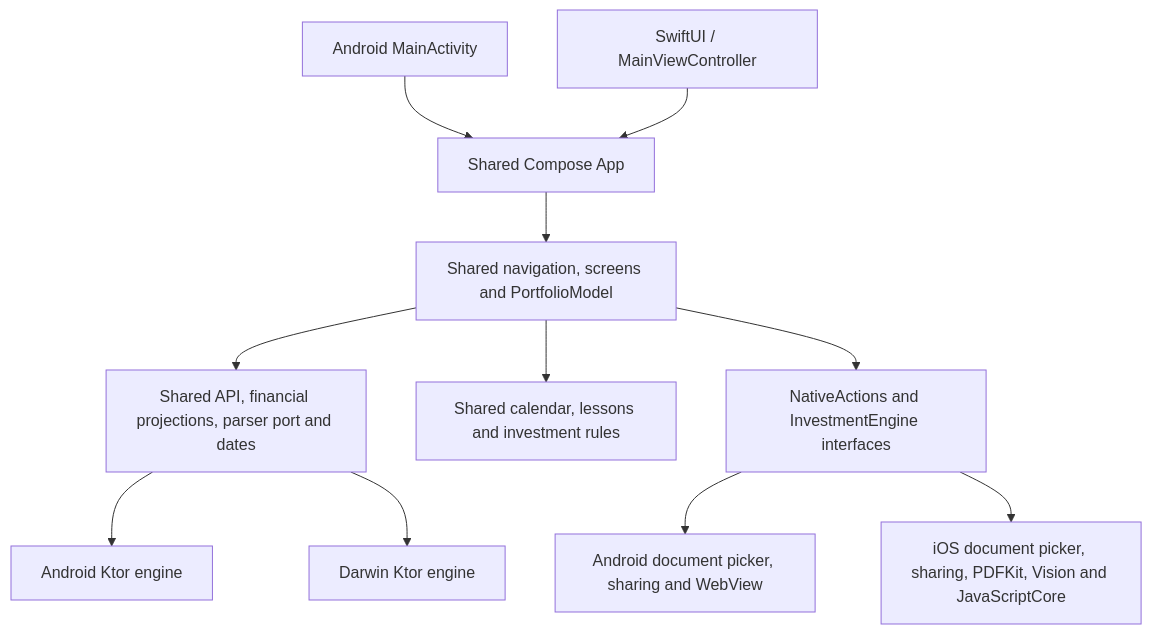
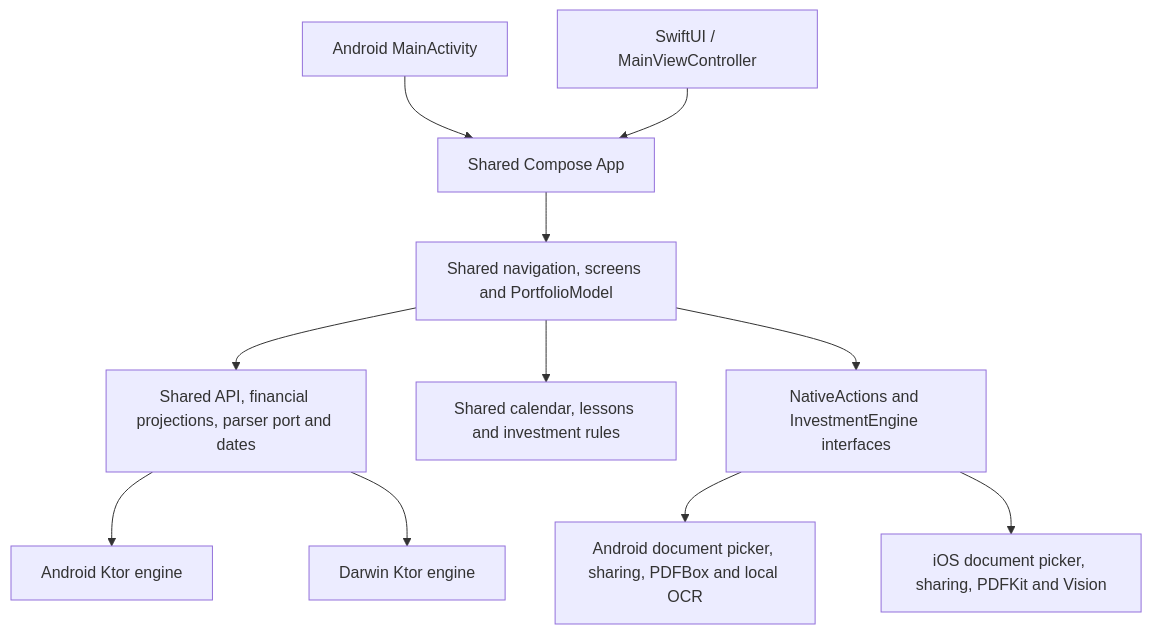
Before and after one commit to OresteGabo/portfolio: the diagram in docs/ARCHITECTURE.md, drawn with Mermaid. The commit also changed other lines of this file and 314 other files, not shown here.

First line of the commit message:
refactor(investments): replace runtime JavaScript with shared Kotlin

````diff
--- a/docs/ARCHITECTURE.md
+++ b/docs/ARCHITECTURE.md
@@ -11,13 +11,13 @@
 ```mermaid
 flowchart TD
     Android[Android MainActivity] --> App[Shared Compose App]
     iOS[SwiftUI / MainViewController] --> App
     App --> Presentation[Shared navigation, screens and PortfolioModel]
     Presentation --> Core[Shared API, financial projections, parser port and dates]
     Presentation --> Resources[Shared calendar, lessons and investment rules]
     Presentation --> Ports[NativeActions and InvestmentEngine interfaces]
     Core --> AndroidHTTP[Android Ktor engine]
     Core --> DarwinHTTP[Darwin Ktor engine]
-    Ports --> AndroidNative[Android document picker, sharing and WebView]
-    Ports --> AppleNative[iOS document picker, sharing, PDFKit, Vision and JavaScriptCore]
+    Ports --> AndroidNative[Android document picker, sharing, PDFBox and local OCR]
+    Ports --> AppleNative[iOS document picker, sharing, PDFKit and Vision]
 ```
````
